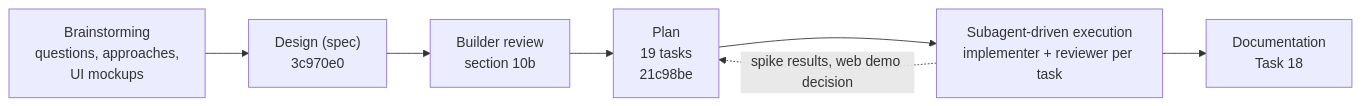
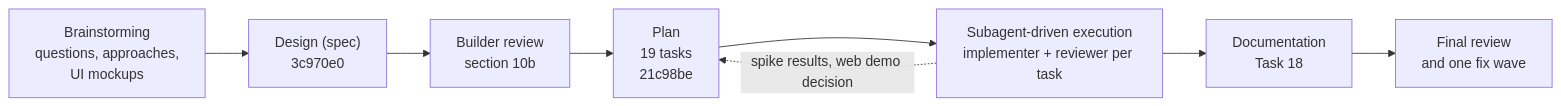
Before and after one commit to calvinolang/pl0-c64: the diagram in docs/HOW-THIS-WAS-BUILT.md, drawn with Mermaid. The commit also changed other lines of this file and 4 other files, not shown here.

First line of the commit message:
docs: process record of the final review and the fix wave

````diff
--- a/docs/HOW-THIS-WAS-BUILT.md
+++ b/docs/HOW-THIS-WAS-BUILT.md
@@ -13,9 +18,10 @@
 ```mermaid
 flowchart LR
     B["Brainstorming<br/>questions, approaches,<br/>UI mockups"] --> S["Design (spec)<br/>3c970e0"]
     S --> R["Builder review<br/>section 10b"]
     R --> P["Plan<br/>19 tasks<br/>21c98be"]
     P --> X["Subagent-driven execution<br/>implementer + reviewer per task"]
     X --> D["Documentation<br/>Task 18"]
+    D --> F["Final review<br/>and one fix wave"]
     X -.->|"spike results, web demo decision"| P
 ```
````
